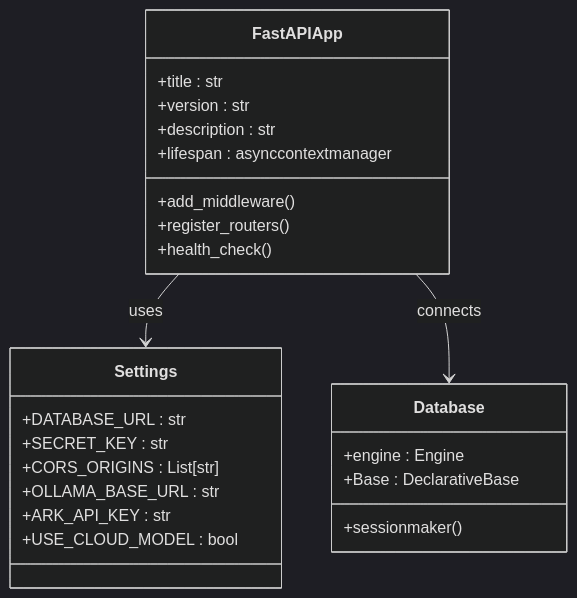
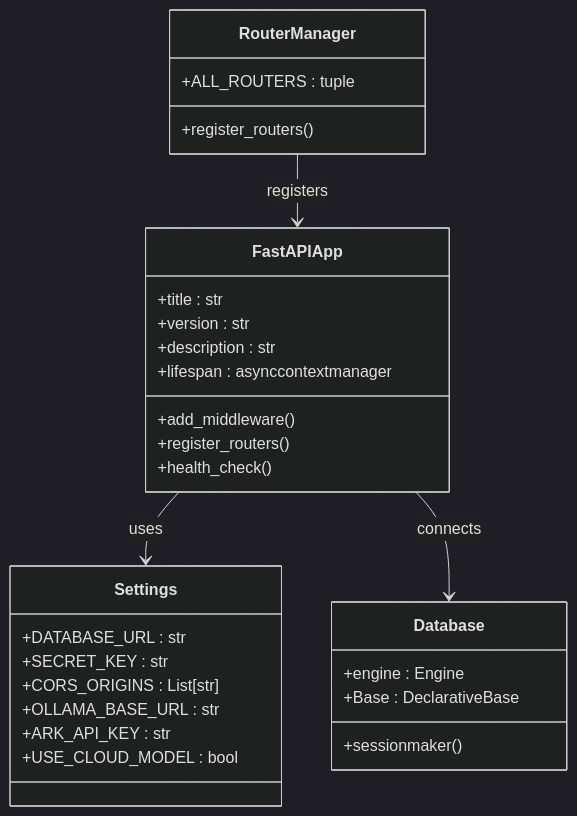
Before and after one commit to dream-ze/AI_huoke-: the second of 9 diagrams in .qoder/repowiki/zh/content/内容采集系统/MVP内容管理系统.md, drawn with Mermaid (dark theme). The commit also changed other lines of this file and 95 other files, not shown here.

````diff
--- a/.qoder/repowiki/zh/content/内容采集系统/MVP内容管理系统.md
+++ b/.qoder/repowiki/zh/content/内容采集系统/MVP内容管理系统.md
@@ -157,27 +172,32 @@
 ```mermaid
 classDiagram
 class FastAPIApp {
 +title : str
 +version : str
 +description : str
 +lifespan : asynccontextmanager
 +add_middleware()
 +register_routers()
 +health_check()
 }
 class Settings {
 +DATABASE_URL : str
 +SECRET_KEY : str
 +CORS_ORIGINS : List[str]
 +OLLAMA_BASE_URL : str
 +ARK_API_KEY : str
 +USE_CLOUD_MODEL : bool
 }
 class Database {
 +engine : Engine
 +Base : DeclarativeBase
 +sessionmaker()
 }
+class RouterManager {
++ALL_ROUTERS : tuple
++register_routers()
+}
 FastAPIApp --> Settings : uses
 FastAPIApp --> Database : connects
+RouterManager --> FastAPIApp : registers
 ```
````
